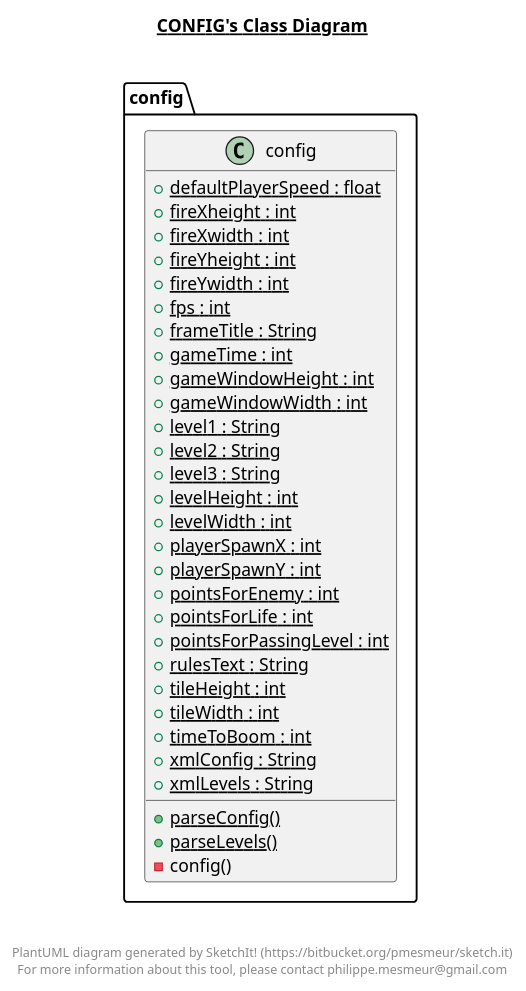
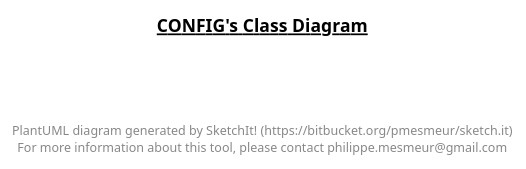
The diagram in resources/config/config.plantuml (mxdzelq/Dyna_Blaster-Java), drawn with PlantUML before and after one commit. The commit also changed 53 other files, not shown here.

```diff
--- a/resources/config/config.plantuml
+++ b/resources/config/config.plantuml
@@ -1,49 +1,14 @@
 @startuml
 
 title __CONFIG's Class Diagram__\n
-
-  namespace config {
-    class config.config {
-        {static} + defaultPlayerSpeed : float
-        {static} + fireXheight : int
-        {static} + fireXwidth : int
-        {static} + fireYheight : int
-        {static} + fireYwidth : int
-        {static} + fps : int
-        {static} + frameTitle : String
-        {static} + gameTime : int
-        {static} + gameWindowHeight : int
-        {static} + gameWindowWidth : int
-        {static} + level1 : String
-        {static} + level2 : String
-        {static} + level3 : String
-        {static} + levelHeight : int
-        {static} + levelWidth : int
-        {static} + playerSpawnX : int
-        {static} + playerSpawnY : int
-        {static} + pointsForEnemy : int
-        {static} + pointsForLife : int
-        {static} + pointsForPassingLevel : int
-        {static} + rulesText : String
-        {static} + tileHeight : int
-        {static} + tileWidth : int
-        {static} + timeToBoom : int
-        {static} + xmlConfig : String
-        {static} + xmlLevels : String
-        {static} + parseConfig()
-        {static} + parseLevels()
-        - config()
-    }
-  }
-  
 
 
 
 right footer
 
 
 PlantUML diagram generated by SketchIt! (https://bitbucket.org/pmesmeur/sketch.it)
 For more information about this tool, please contact philippe.mesmeur@gmail.com
 endfooter
 
 @enduml
```
